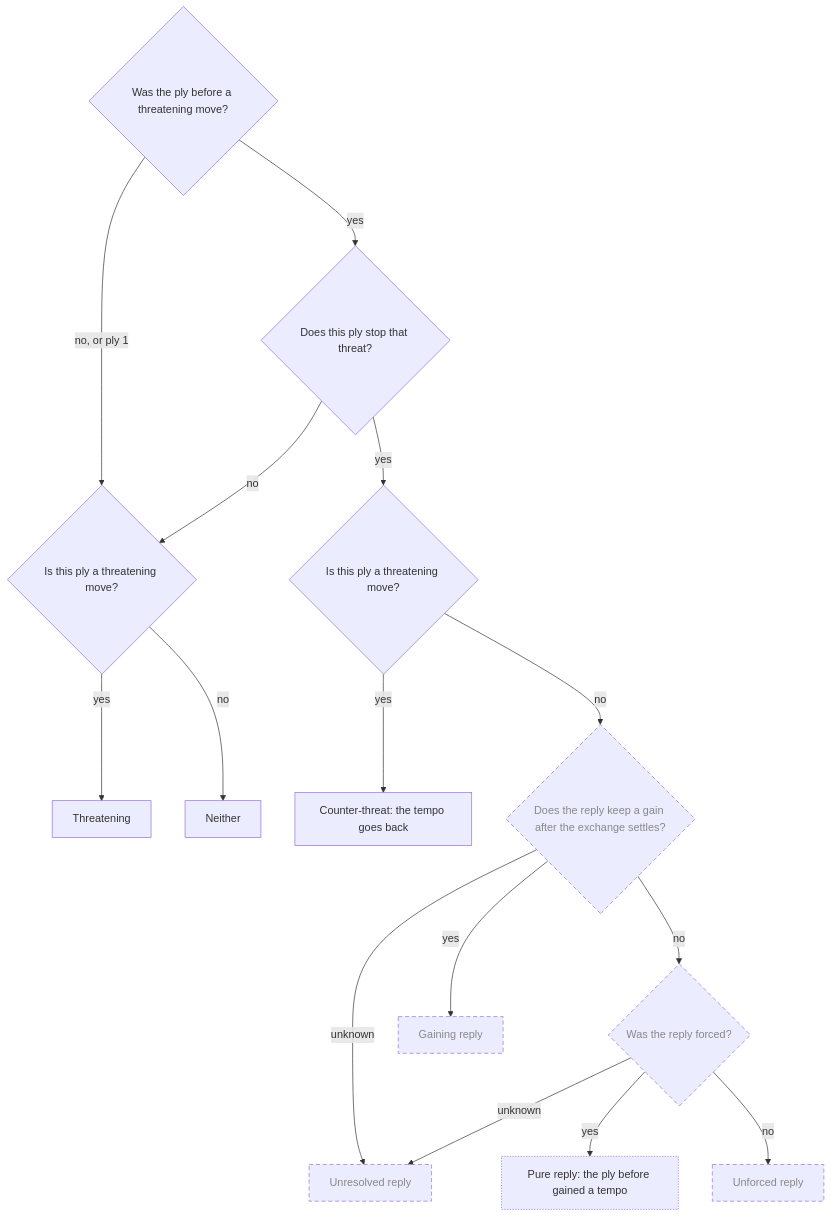
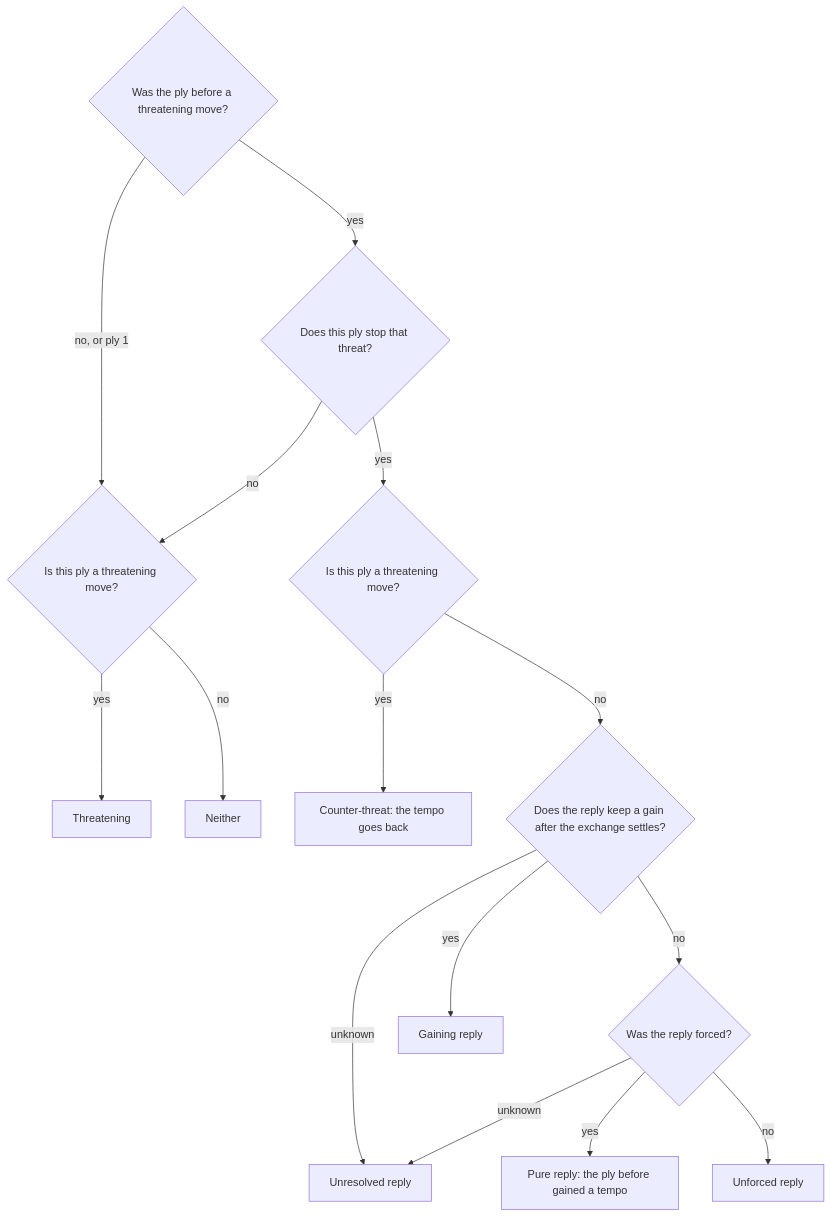
Diagram 24 of 25 in Planning/DBC/CONCEPTS.md (aurja/ChessWhy), drawn with Mermaid before and after one commit. The commit also changed other lines of this file and 21 other files, not shown here.

````diff
--- a/Planning/DBC/CONCEPTS.md
+++ b/Planning/DBC/CONCEPTS.md
@@ -1132,35 +1122,33 @@
 ```mermaid
 flowchart TD
     PlFirst{"Was the ply before a threatening move?"}
     PlStops{"Does this ply stop that threat?"}
     PlOwn{"Is this ply a threatening move?"}
     PlCounter{"Is this ply a threatening move?"}
     PlThreatening["Threatening"]
     PlNeither["Neither"]
     PlCounterThreat["Counter-threat: the tempo goes back"]
     PlPure["Pure reply: the ply before gained a tempo"]
     PlGains{"Does the reply keep a gain after the exchange settles?"}
     PlForced{"Was the reply forced?"}
     PlGaining["Gaining reply"]
     PlUnforced["Unforced reply"]
     PlUnresolved["Unresolved reply"]
     PlFirst -->|no, or ply 1| PlOwn
     PlFirst -->|yes| PlStops
     PlStops -->|no| PlOwn
     PlStops -->|yes| PlCounter
     PlOwn -->|yes| PlThreatening
     PlOwn -->|no| PlNeither
     PlCounter -->|yes| PlCounterThreat
     PlCounter -->|no| PlGains
     PlGains -->|yes| PlGaining
     PlGains -->|unknown| PlUnresolved
     PlGains -->|no| PlForced
     PlForced -->|yes| PlPure
     PlForced -->|no| PlUnforced
     PlForced -->|unknown| PlUnresolved
     classDef planned stroke-dasharray:6 4,color:#888
     classDef partial stroke-dasharray:2 2
     classDef external stroke-dasharray:1 3,color:#999
-    class PlPure partial
-    class PlGains,PlForced,PlGaining,PlUnforced,PlUnresolved planned
 ```
````
